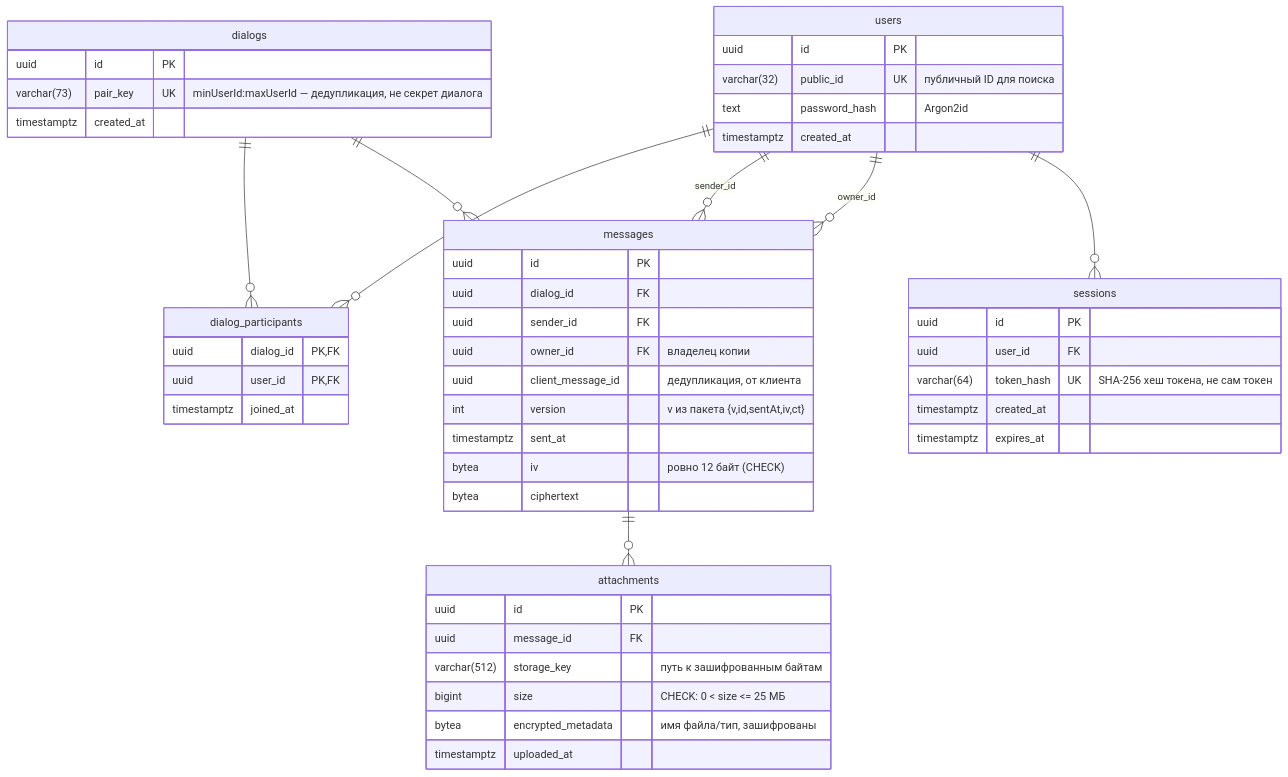
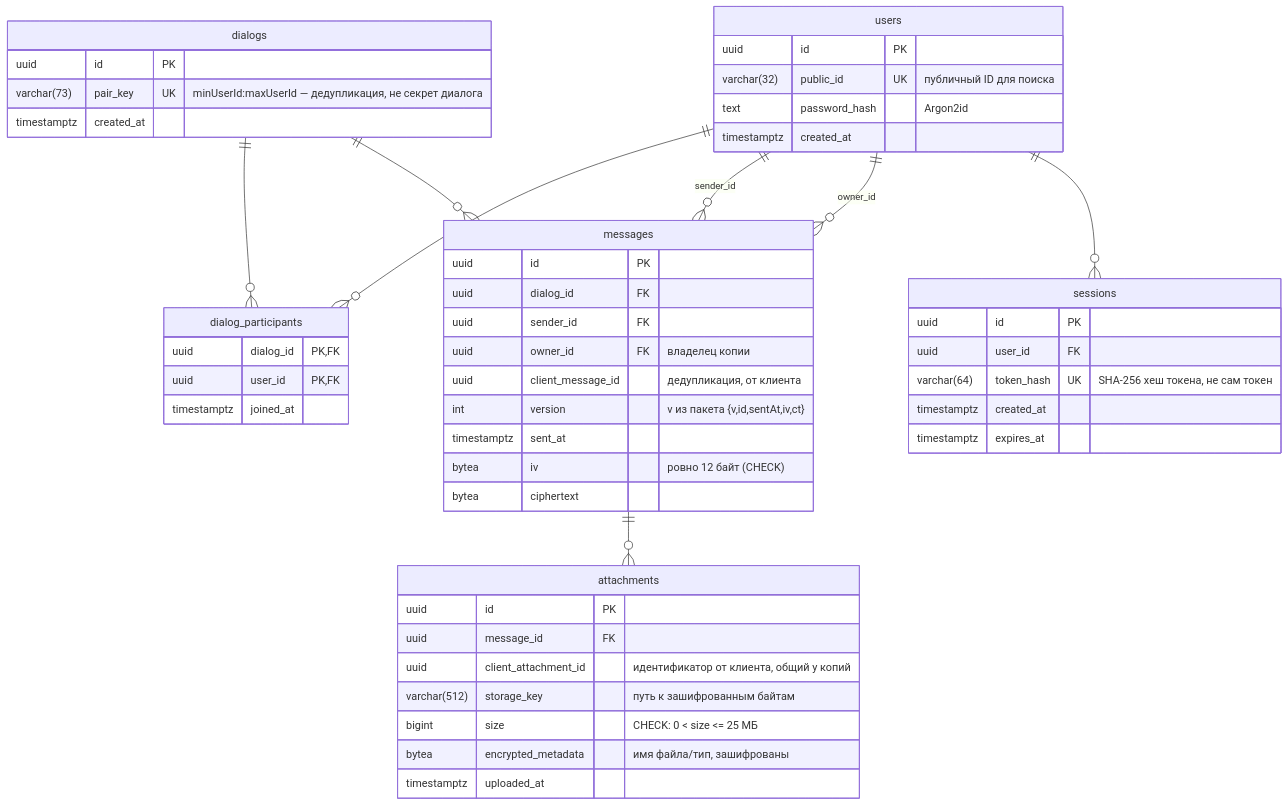
The diagram in docs/database.md (OutSiders-Techniki/messenger-backend), drawn with Mermaid before and after one commit. The commit also changed other lines of this file and 20 other files, not shown here.

````diff
--- a/docs/database.md
+++ b/docs/database.md
@@ -8,58 +8,59 @@
 ```mermaid
 erDiagram
     users ||--o{ dialog_participants : ""
     dialogs ||--o{ dialog_participants : ""
     dialogs ||--o{ messages : ""
     users ||--o{ messages : "sender_id"
     users ||--o{ messages : "owner_id"
     messages ||--o{ attachments : ""
     users ||--o{ sessions : ""
 
     users {
         uuid id PK
         varchar(32) public_id UK "публичный ID для поиска"
         text password_hash "Argon2id"
         timestamptz created_at
     }
 
     sessions {
         uuid id PK
         uuid user_id FK
         varchar(64) token_hash UK "SHA-256 хеш токена, не сам токен"
         timestamptz created_at
         timestamptz expires_at
     }
 
     dialogs {
         uuid id PK
         varchar(73) pair_key UK "minUserId:maxUserId — дедупликация, не секрет диалога"
         timestamptz created_at
     }
 
     dialog_participants {
         uuid dialog_id PK,FK
         uuid user_id PK,FK
         timestamptz joined_at
     }
 
     messages {
         uuid id PK
         uuid dialog_id FK
         uuid sender_id FK
         uuid owner_id FK "владелец копии"
         uuid client_message_id "дедупликация, от клиента"
         int version "v из пакета {v,id,sentAt,iv,ct}"
         timestamptz sent_at
         bytea iv "ровно 12 байт (CHECK)"
         bytea ciphertext
     }
 
     attachments {
         uuid id PK
         uuid message_id FK
+        uuid client_attachment_id "идентификатор от клиента, общий у копий"
         varchar(512) storage_key "путь к зашифрованным байтам"
         bigint size "CHECK: 0 < size <= 25 МБ"
         bytea encrypted_metadata "имя файла/тип, зашифрованы"
         timestamptz uploaded_at
     }
 ```
````
